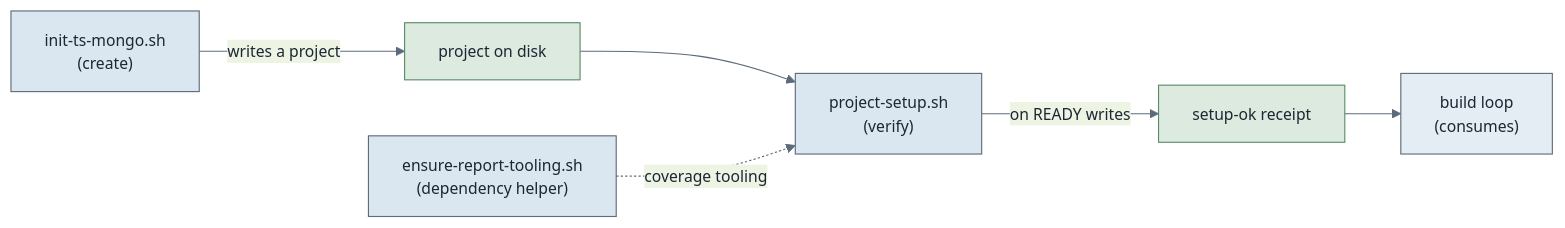
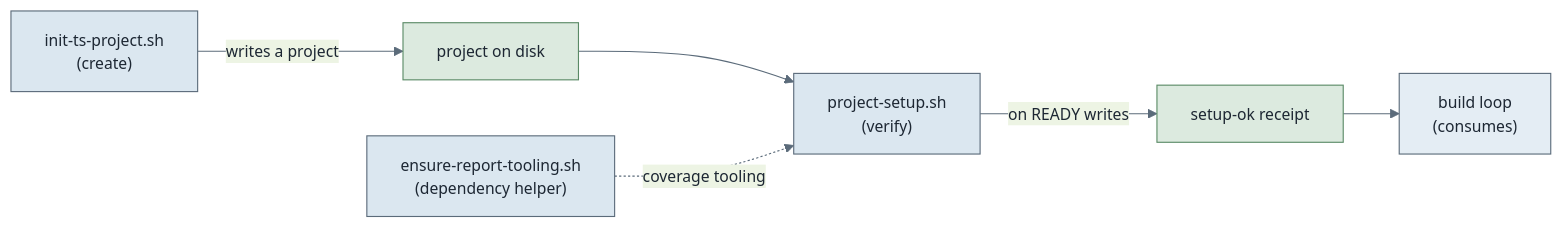
Before and after one commit to omerosaienni/agent-sdlc: the first of 4 diagrams in docs/scripts.md, drawn with Mermaid. The commit also changed other lines of this file and 24 other files, not shown here.

````diff
--- a/docs/scripts.md
+++ b/docs/scripts.md
@@ -17,14 +22,14 @@
 ```mermaid
 %%{init: {'theme':'base','themeVariables':{'primaryColor':'#e4edf4','primaryTextColor':'#1d2733','primaryBorderColor':'#5b6b7a','lineColor':'#5b6b7a','fontSize':'14px'}}}%%
 flowchart LR
-    init["init-ts-mongo.sh<br/>(create)"] -->|writes a project| proj["project on disk"]
+    init["init-ts-project.sh<br/>(create)"] -->|writes a project| proj["project on disk"]
     proj --> gate["project-setup.sh<br/>(verify)"]
     ensure["ensure-report-tooling.sh<br/>(dependency helper)"] -.->|coverage tooling| gate
     gate -->|on READY writes| receipt["setup-ok receipt"]
     receipt --> loop["build loop<br/>(consumes)"]
 
     classDef script fill:#dbe7f0,stroke:#5b6b7a,color:#1d2733;
     classDef artifact fill:#dceadf,stroke:#5a8a66,color:#1d2733;
     class init,gate,ensure script;
     class proj,receipt artifact;
 ```
````
